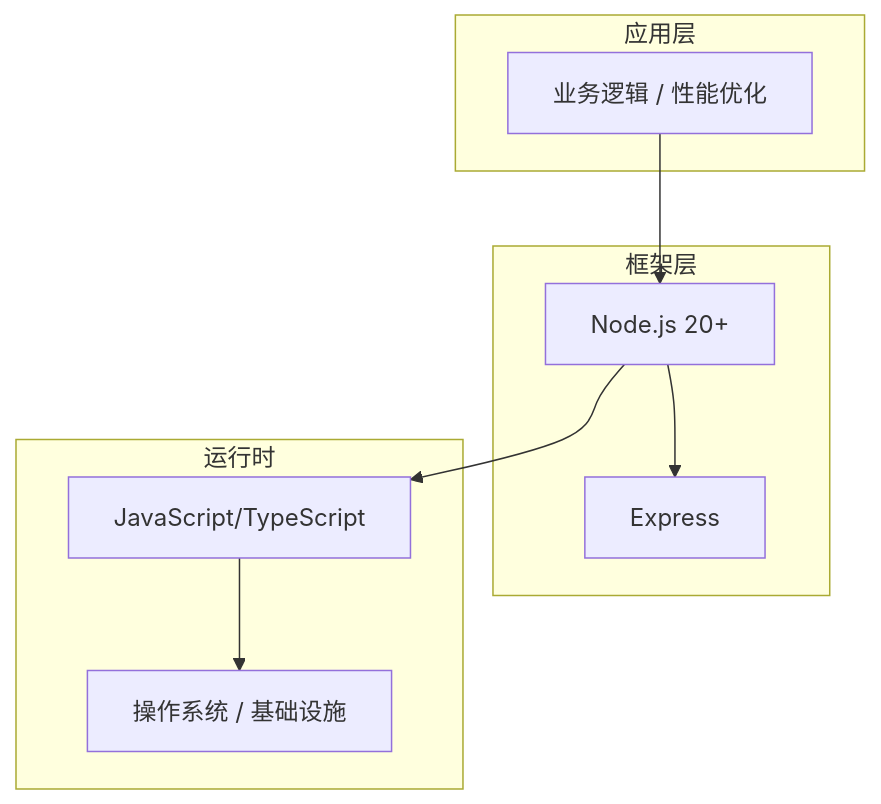
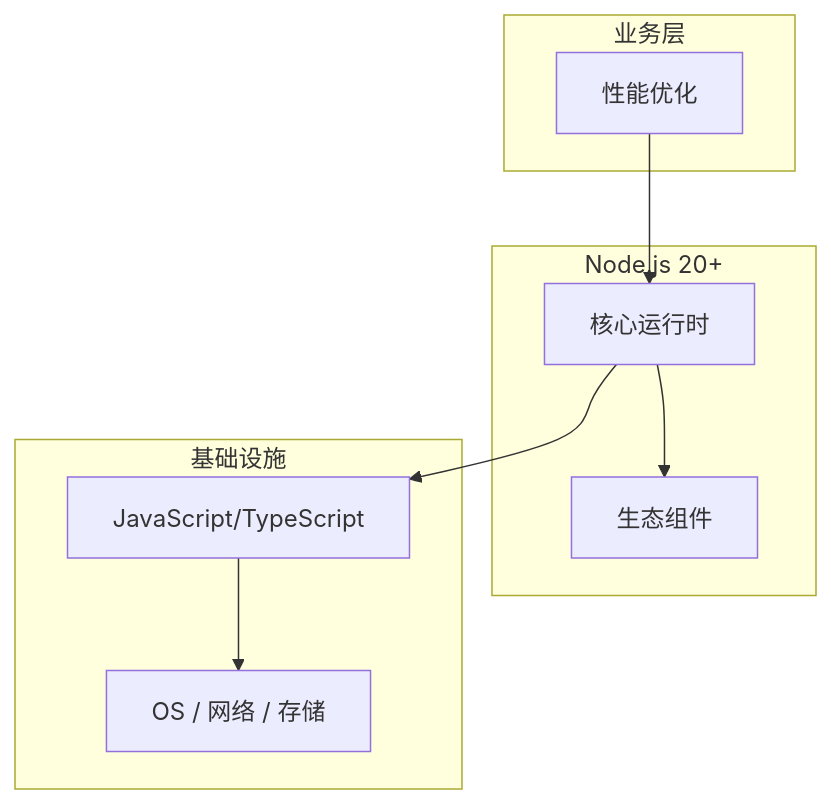
One commit to yanggan2015/knowledge-json-v2 changed the diagram in articles/Node.js/chapters/100-性能优化核心概念与原理.md. Above: the diagram before and after it, drawn with Mermaid. The commit also changed other lines of this file and 10127 other files, not shown here.

````diff
--- a/articles/Node.js/chapters/100-性能优化核心概念与原理.md
+++ b/articles/Node.js/chapters/100-性能优化核心概念与原理.md
@@ -45,18 +34,18 @@
 ```mermaid
 graph TB
-    subgraph 应用层
-        A[业务逻辑 / 性能优化]
+    subgraph 业务层
+        A[性能优化]
     end
-    subgraph 框架层
-        B[Node.js 20+]
-        C[Express]
+    subgraph Node.js 20+
+        B[核心运行时]
+        C[生态组件]
     end
-    subgraph 运行时
+    subgraph 基础设施
         D[JavaScript/TypeScript]
-        E[操作系统 / 基础设施]
+        E[OS / 网络 / 存储]
     end
     A --> B
     B --> C
     B --> D
     D --> E
 ```
````
